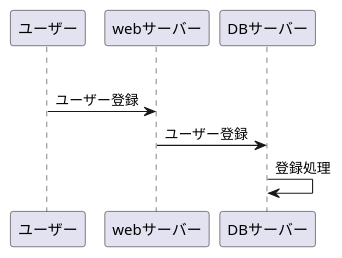
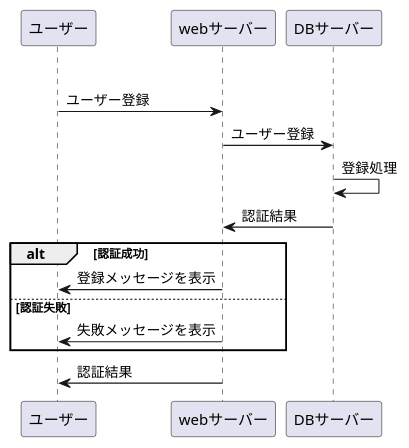
Before and after one commit to Aso2001192/2021sys-design: the diagram in sampleflowchart.md, drawn with PlantUML.

````diff
--- a/sampleflowchart.md
+++ b/sampleflowchart.md
@@ -1,8 +1,18 @@
 ```uml
 @startuml
 opt 未登録
 ユーザー->webサーバー:ユーザー登録
 webサーバー->DBサーバー:ユーザー登録
 DBサーバー->DBサーバー:登録処理
+DBサーバー->webサーバー:認証結果
+
+alt 認証成功
+webサーバー->ユーザー:登録メッセージを表示
+else 認証失敗
+webサーバー->ユーザー:失敗メッセージを表示
+
+end
+
+webサーバー->ユーザー:認証結果
 @enduml
 ```
````
